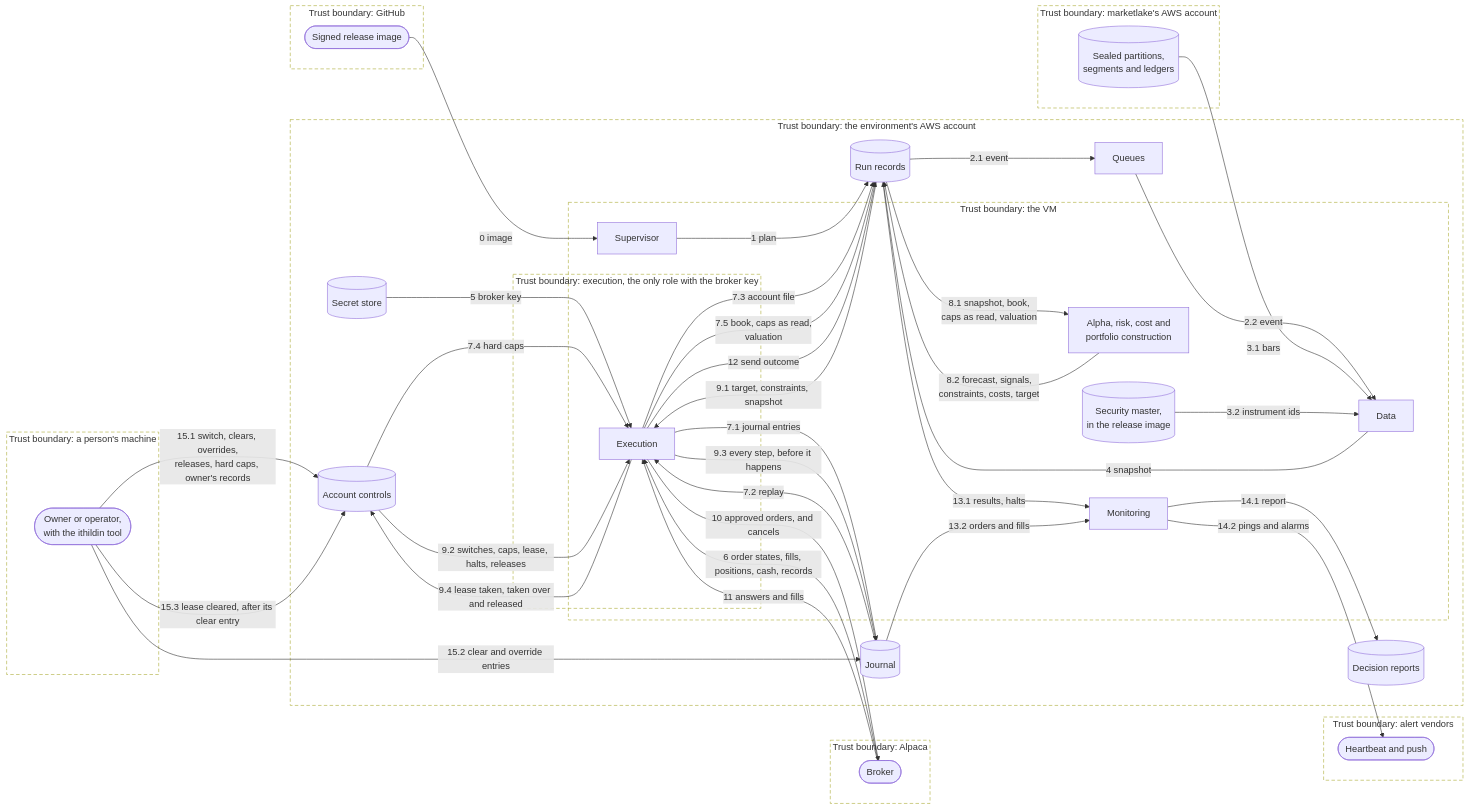
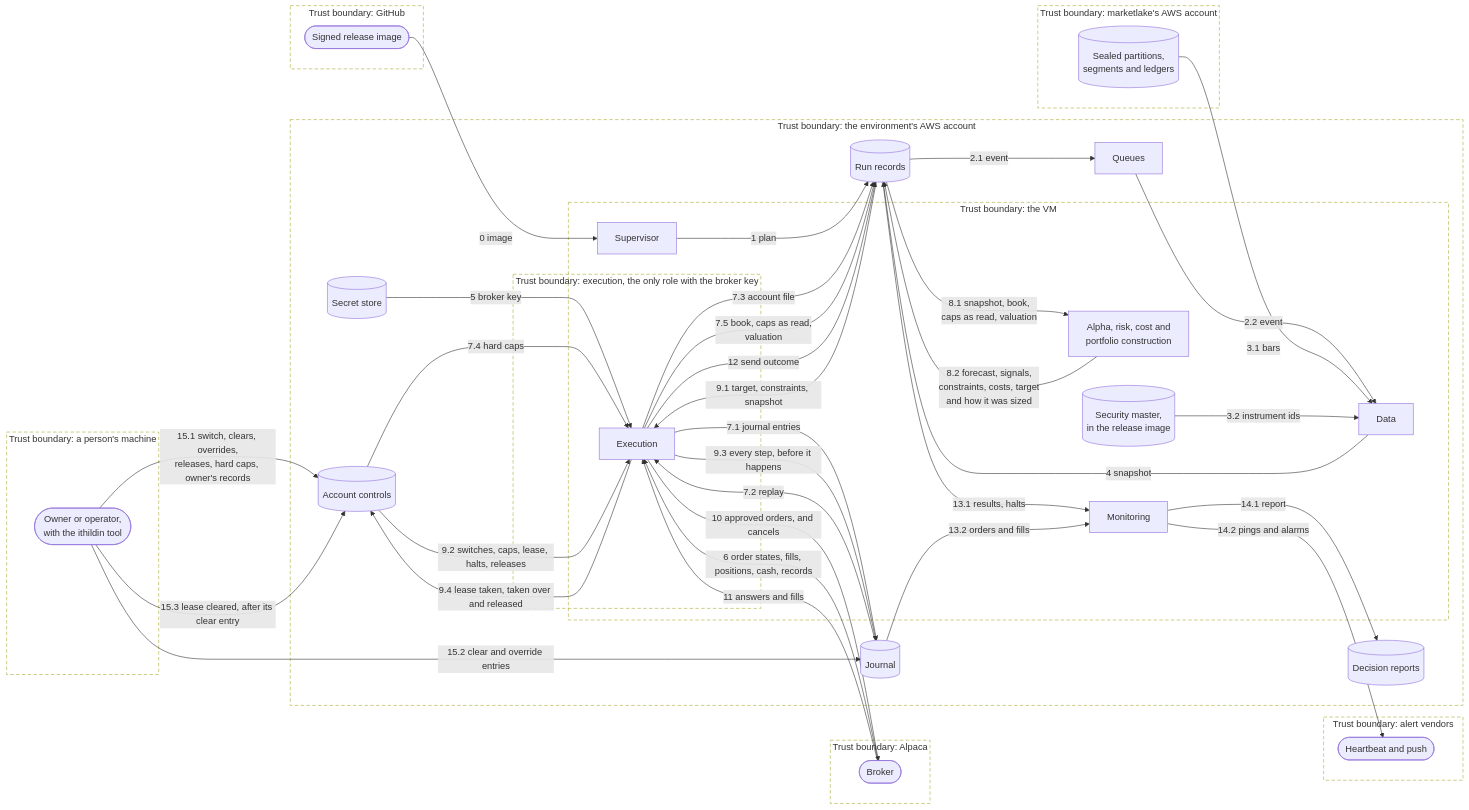
One commit to l3a0/ithildin-runtime changed the second of 18 diagrams in docs/architecture/06-runtime.md. Above: the diagram before and after it, drawn with Mermaid. The commit also changed other lines of this file and 38 other files, not shown here.

First line of the commit message:
feat(portfolio): each strategy's target, sized to G within three limits (#135)

````diff
--- a/docs/architecture/06-runtime.md
+++ b/docs/architecture/06-runtime.md
@@ -106,70 +106,70 @@
 ```mermaid
 flowchart LR
     subgraph tb_person["Trust boundary: a person's machine"]
         person(["Owner or operator,<br/>with the ithildin tool"])
     end
     subgraph tb_github["Trust boundary: GitHub"]
         registry(["Signed release image"])
     end
     subgraph tb_marketlake["Trust boundary: marketlake's AWS account"]
         lake[("Sealed partitions,<br/>segments and ledgers")]
     end
     subgraph tb_broker["Trust boundary: Alpaca"]
         brokerx(["Broker"])
     end
     subgraph tb_alert["Trust boundary: alert vendors"]
         alert(["Heartbeat and push"])
     end
     subgraph tb_account["Trust boundary: the environment's AWS account"]
         subgraph tb_vm["Trust boundary: the VM"]
             sup["Supervisor"]
             data["Data"]
             models["Alpha, risk, cost and<br/>portfolio construction"]
             mon["Monitoring"]
             d2[("Security master,<br/>in the release image")]
             subgraph tb_exec["Trust boundary: execution, the only role with the broker key"]
                 exec["Execution"]
             end
         end
         queue["Queues"]
         secret[("Secret store")]
         d1[("Run records")]
         d3[("Journal")]
         d4[("Decision reports")]
         d5[("Account controls")]
     end
 
     registry -->|"0 image"| sup
     sup -->|"1 plan"| d1
     d1 -->|"2.1 event"| queue
     queue -->|"2.2 event"| data
     lake -->|"3.1 bars"| data
     d2 -->|"3.2 instrument ids"| data
     data -->|"4 snapshot"| d1
     secret -->|"5 broker key"| exec
     brokerx -->|"6 order states, fills, positions, cash, records"| exec
     exec -->|"7.1 journal entries"| d3
     d3 -->|"7.2 replay"| exec
     exec -->|"7.3 account file"| d1
     d5 -->|"7.4 hard caps"| exec
     exec -->|"7.5 book, caps as read,<br/>valuation"| d1
     d1 -->|"8.1 snapshot, book,<br/>caps as read, valuation"| models
-    models -->|"8.2 forecast, signals,<br/>constraints, costs, target"| d1
+    models -->|"8.2 forecast, signals,<br/>constraints, costs, target<br/>and how it was sized"| d1
     d1 -->|"9.1 target, constraints, snapshot"| exec
     d5 -->|"9.2 switches, caps, lease, halts, releases"| exec
     exec -->|"9.3 every step, before it happens"| d3
     exec -->|"9.4 lease taken, taken over and released"| d5
     exec -->|"10 approved orders, and cancels"| brokerx
     brokerx -->|"11 answers and fills"| exec
     exec -->|"12 send outcome"| d1
     d1 -->|"13.1 results, halts"| mon
     d3 -->|"13.2 orders and fills"| mon
     mon -->|"14.1 report"| d4
     mon -->|"14.2 pings and alarms"| alert
     person -->|"15.1 switch, clears, overrides,<br/>releases, hard caps, owner's records"| d5
     person -->|"15.2 clear and override entries"| d3
     person -->|"15.3 lease cleared, after its clear entry"| d5
 
     classDef boundary fill:none,stroke-dasharray:6 4
     class tb_person,tb_github,tb_marketlake,tb_broker,tb_alert,tb_account,tb_vm,tb_exec boundary
 ```
````
